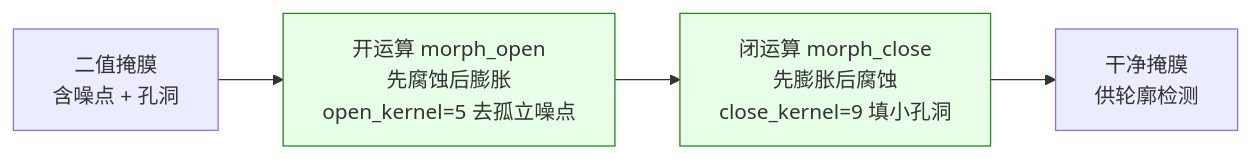
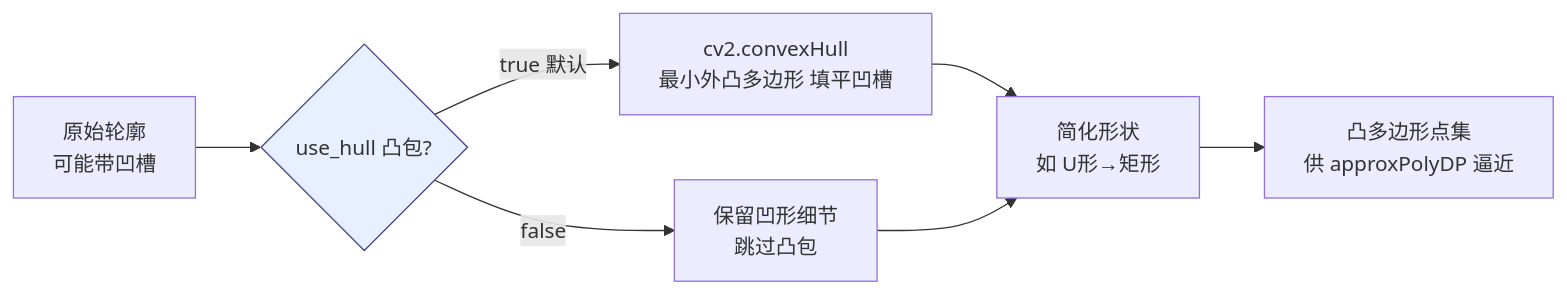
One commit to aibittek/course_generate_agent changed the fourth of 6 diagrams in courses/sheet1/robot_vision/_parts/experiment-3.md. Above: the diagram before and after it, drawn with Mermaid. The commit also changed other lines of this file and 98 other files, not shown here.

````diff
--- a/courses/sheet1/robot_vision/_parts/experiment-3.md
+++ b/courses/sheet1/robot_vision/_parts/experiment-3.md
@@ -309,9 +304,11 @@
 ```mermaid
 flowchart LR
-    A[二值掩膜<br/>含噪点 + 孔洞] --> B[开运算 morph_open<br/>先腐蚀后膨胀<br/>open_kernel=5 去孤立噪点]
-    B --> C[闭运算 morph_close<br/>先膨胀后腐蚀<br/>close_kernel=9 填小孔洞]
-    C --> D[干净掩膜<br/>供轮廓检测]
+    A[原始轮廓<br/>可能带凹槽] --> B{use_hull 凸包?}
+    B -->|true 默认| C["cv2.convexHull<br/>最小外凸多边形 填平凹槽"]
+    B -->|false| D[保留凹形细节<br/>跳过凸包]
+    C --> E[简化形状<br/>如 U形→矩形]
+    D --> E
+    E --> F[凸多边形点集<br/>供 approxPolyDP 逼近]
 
-    style B fill:#e8ffe8,stroke:#282,stroke-width:1px
-    style C fill:#e8ffe8,stroke:#282,stroke-width:1px
+    style B fill:#e8f0ff,stroke:#448,stroke-width:1px
 ```
````
